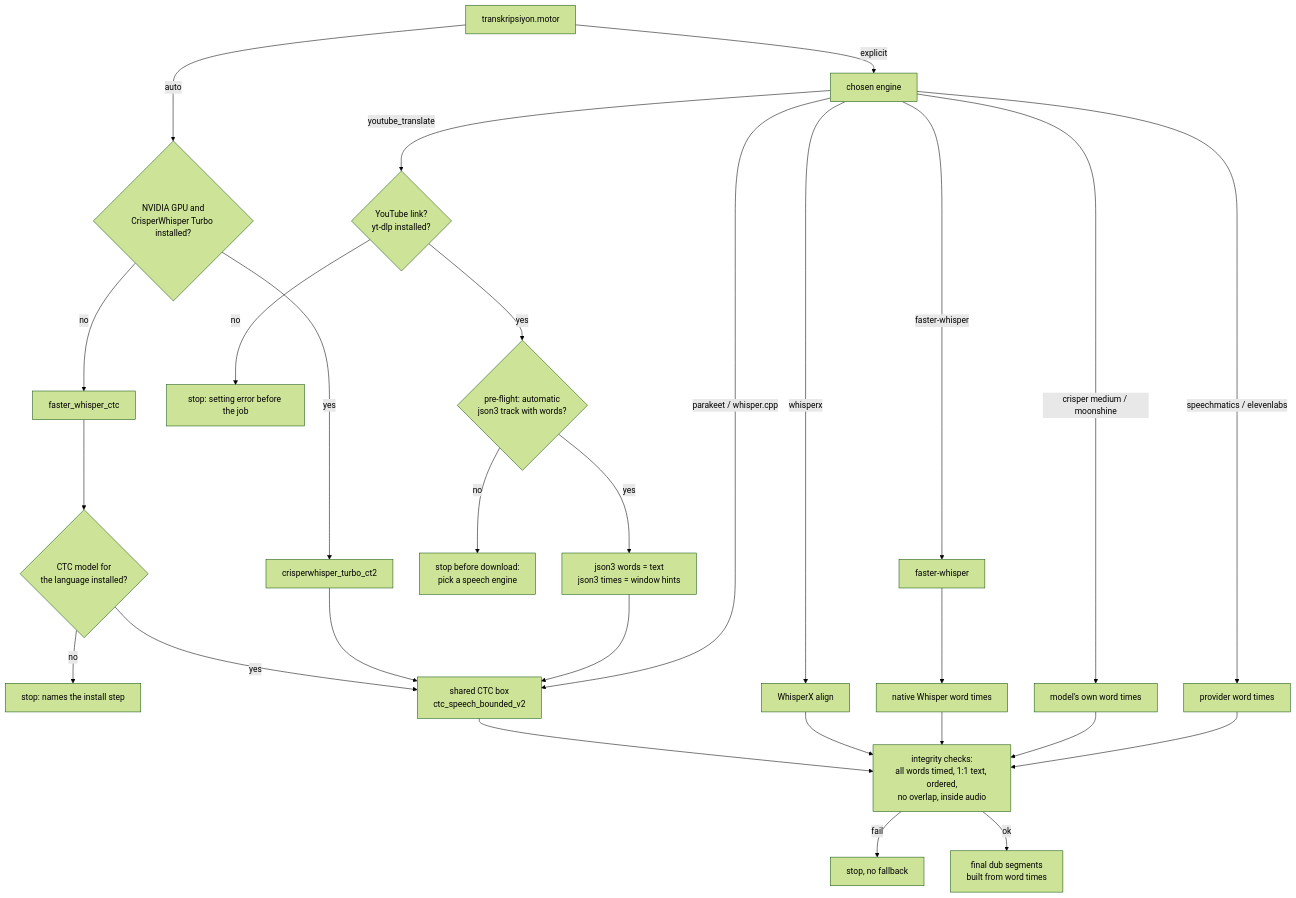
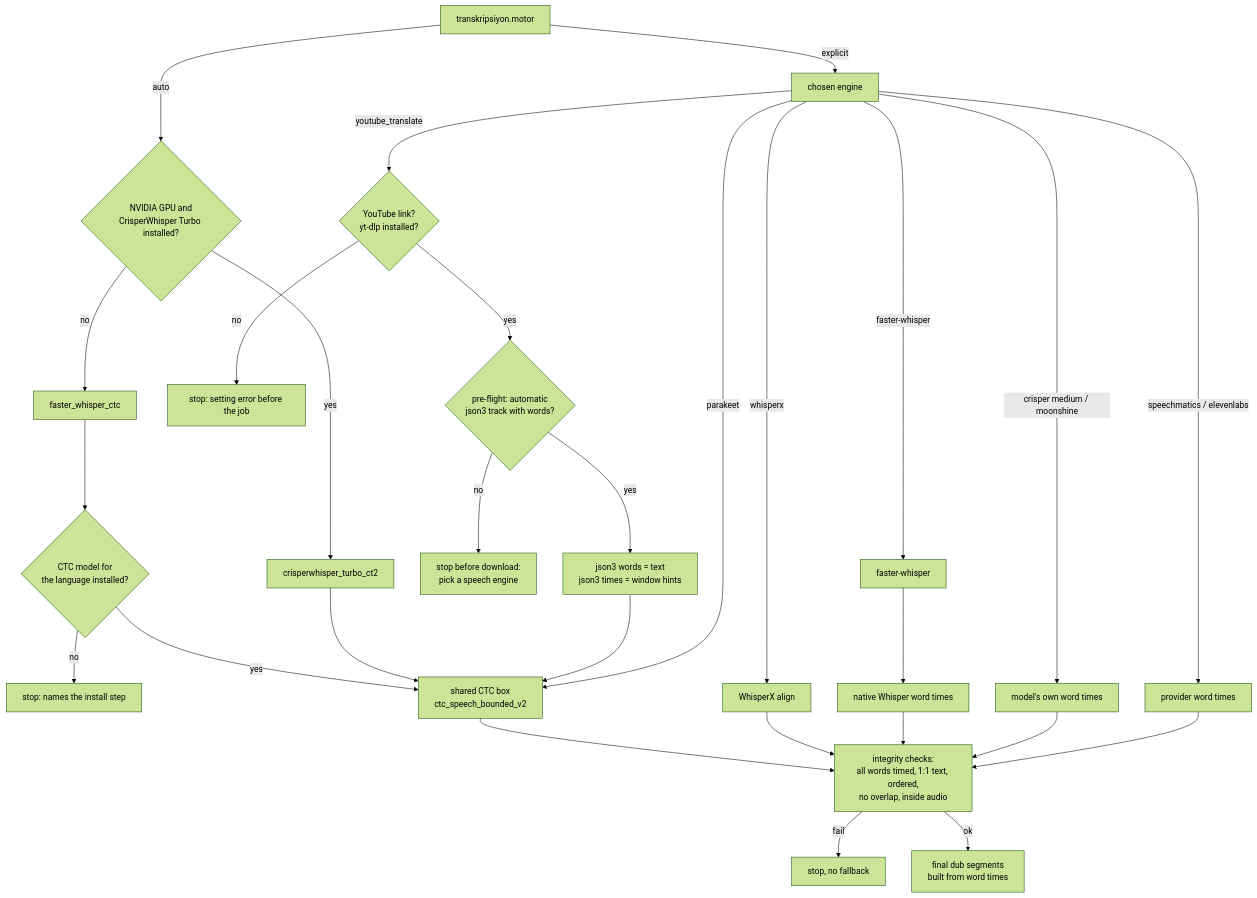
Before and after one commit to alexturkey/dubworld: the diagram in docs/engineering/timing-sources.md, drawn with Mermaid (forest theme). The commit also changed other lines of this file and 39 other files, not shown here.

First line of the commit message:
remove whisper.cpp CPU engine (manual binary, English only, overlaps Parakeet); move CTC word check into dubber for faster_whisper_ctc

````diff
--- a/docs/engineering/timing-sources.md
+++ b/docs/engineering/timing-sources.md
@@ -49,30 +48,30 @@
 ```mermaid
 flowchart TD
     A[transkripsiyon.motor] -->|auto| B{NVIDIA GPU and<br/>CrisperWhisper Turbo installed?}
     B -->|yes| T[crisperwhisper_turbo_ct2]
     B -->|no| FC[faster_whisper_ctc]
     FC --> K{CTC model for<br/>the language installed?}
     K -->|no| X4[stop: names the install step]
     K -->|yes| CTC
     A -->|explicit| E[chosen engine]
     E -->|youtube_translate| Y{YouTube link?<br/>yt-dlp installed?}
     Y -->|no| X1[stop: setting error before the job]
     Y -->|yes| P{pre-flight: automatic<br/>json3 track with words?}
     P -->|no| X2[stop before download:<br/>pick a speech engine]
     P -->|yes| J[json3 words = text<br/>json3 times = window hints]
     T --> CTC[shared CTC box<br/>ctc_speech_bounded_v2]
     J --> CTC
-    E -->|parakeet / whisper.cpp| CTC
+    E -->|parakeet| CTC
     E -->|whisperx| WX[WhisperX align]
     E -->|faster-whisper| FW[faster-whisper]
     FW --> N[native Whisper word times]
     E -->|crisper medium / moonshine| M[model's own word times]
     E -->|speechmatics / elevenlabs| S[provider word times]
     CTC --> G[integrity checks:<br/>all words timed, 1:1 text, ordered,<br/>no overlap, inside audio]
     WX --> G
     N --> G
     M --> G
     S --> G
     G -->|fail| X3[stop, no fallback]
     G -->|ok| F[final dub segments<br/>built from word times]
 ```
````
